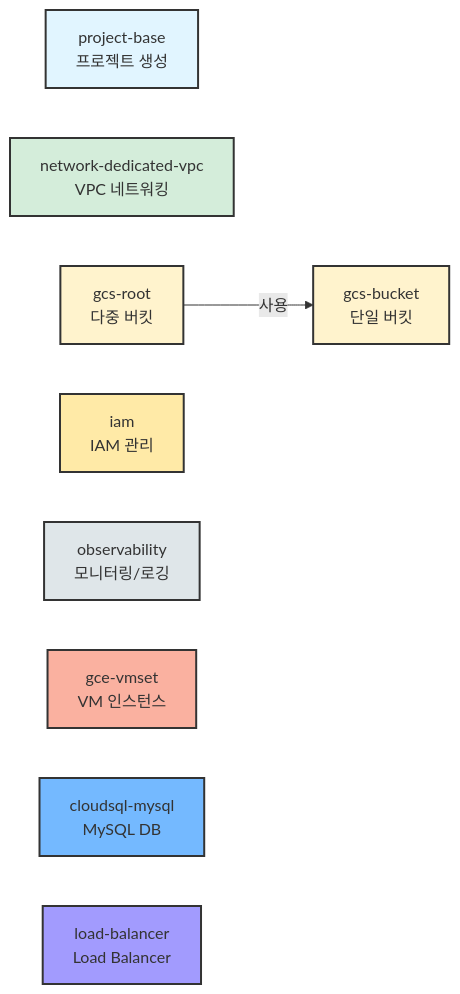
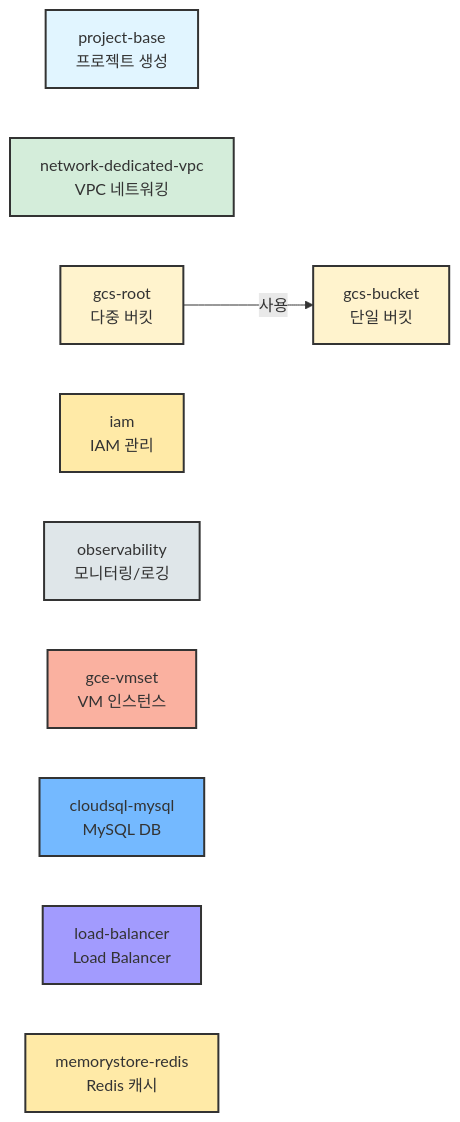
Before and after one commit to JSJ2337/GCP_terraform_code: the fourth of 9 diagrams in terraform_gcp_infra/ARCHITECTURE.md, drawn with Mermaid. The commit also changed other lines of this file and 17 other files, not shown here.

Commit message:
feat: add memorystore redis template

````diff
--- a/terraform_gcp_infra/ARCHITECTURE.md
+++ b/terraform_gcp_infra/ARCHITECTURE.md
@@ -185,24 +196,26 @@
 ```mermaid
 graph LR
     M1[project-base<br/>프로젝트 생성]
     M2[network-dedicated-vpc<br/>VPC 네트워킹]
     M3[gcs-root<br/>다중 버킷]
     M4[gcs-bucket<br/>단일 버킷]
     M5[iam<br/>IAM 관리]
     M6[observability<br/>모니터링/로깅]
     M7[gce-vmset<br/>VM 인스턴스]
     M8[cloudsql-mysql<br/>MySQL DB]
     M9[load-balancer<br/>Load Balancer]
+    M10[memorystore-redis<br/>Redis 캐시]
 
     M3 -->|사용| M4
 
     style M1 fill:#e1f5ff,stroke:#333,stroke-width:2px
     style M2 fill:#d4edda,stroke:#333,stroke-width:2px
     style M3 fill:#fff3cd,stroke:#333,stroke-width:2px
     style M4 fill:#fff3cd,stroke:#333,stroke-width:2px
     style M5 fill:#ffeaa7,stroke:#333,stroke-width:2px
     style M6 fill:#dfe6e9,stroke:#333,stroke-width:2px
     style M7 fill:#fab1a0,stroke:#333,stroke-width:2px
     style M8 fill:#74b9ff,stroke:#333,stroke-width:2px
     style M9 fill:#a29bfe,stroke:#333,stroke-width:2px
+    style M10 fill:#ffeaa7,stroke:#333,stroke-width:2px
 ```
````
